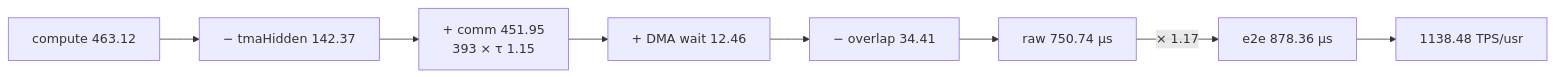
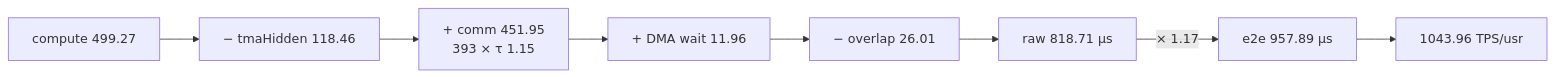
The second of 2 diagrams in docs/architecture/00_CURRENT_STATE.md (xqdan/xihu), drawn with Mermaid before and after one commit. The commit also changed other lines of this file and 76 other files, not shown here.

````diff
--- a/docs/architecture/00_CURRENT_STATE.md
+++ b/docs/architecture/00_CURRENT_STATE.md
@@ -78,10 +78,10 @@
 ```mermaid
 flowchart LR
-  C["compute 463.12"] --> M1["− tmaHidden 142.37"]
+  C["compute 499.27"] --> M1["− tmaHidden 118.46"]
   M1 --> P1["+ comm 451.95<br/>393 × τ 1.15"]
-  P1 --> P2["+ DMA wait 12.46"]
-  P2 --> M2["− overlap 34.41"]
-  M2 --> RAW["raw 750.74 µs"]
-  RAW -->|"× 1.17"| E2E["e2e 878.36 µs"]
-  E2E --> TPS["1138.48 TPS/usr"]
+  P1 --> P2["+ DMA wait 11.96"]
+  P2 --> M2["− overlap 26.01"]
+  M2 --> RAW["raw 818.71 µs"]
+  RAW -->|"× 1.17"| E2E["e2e 957.89 µs"]
+  E2E --> TPS["1043.96 TPS/usr"]
 ```
````
